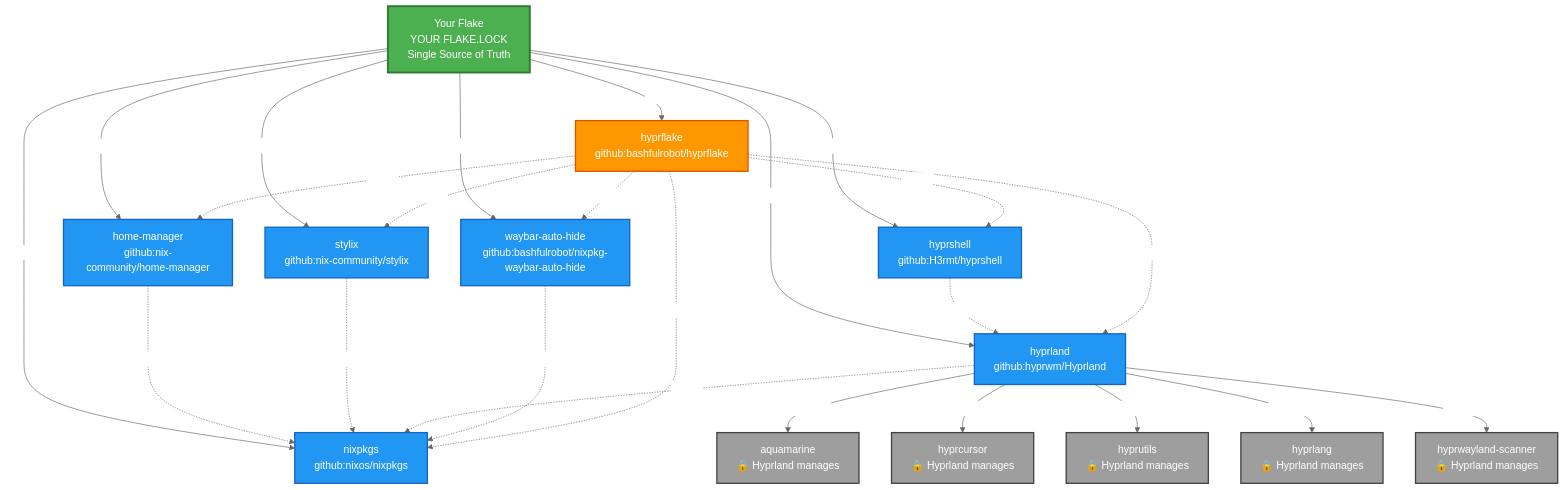
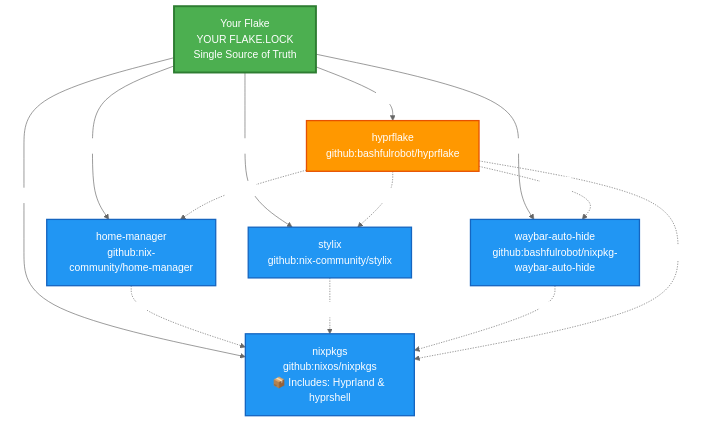
Before and after one commit to bashfulrobot/hyprflake: the diagram in docs/input-management.md, drawn with Mermaid (neutral theme). The commit also changed other lines of this file, not shown here.

First line of the commit message:
docs(input-management): 📝 update for nixpkgs architecture

````diff
--- a/docs/input-management.md
+++ b/docs/input-management.md
@@ -9,62 +9,39 @@
 ```mermaid
 graph TD
     %% Root flake
     consumer[Your Flake<br/>YOUR FLAKE.LOCK<br/>Single Source of Truth]
 
     %% Direct inputs from GitHub
-    nixpkgs[nixpkgs<br/>github:nixos/nixpkgs]
+    nixpkgs[nixpkgs<br/>github:nixos/nixpkgs<br/>📦 Includes: Hyprland & hyprshell]
     home-manager[home-manager<br/>github:nix-community/home-manager]
     stylix[stylix<br/>github:nix-community/stylix]
-    hyprland[hyprland<br/>github:hyprwm/Hyprland]
-    hyprshell[hyprshell<br/>github:H3rmt/hyprshell]
     waybar-auto-hide[waybar-auto-hide<br/>github:bashfulrobot/nixpkg-waybar-auto-hide]
     hyprflake[hyprflake<br/>github:bashfulrobot/hyprflake]
 
     %% Consumer's direct inputs
     consumer -->|fetches| nixpkgs
     consumer -->|fetches| home-manager
     consumer -->|fetches| stylix
-    consumer -->|fetches| hyprland
-    consumer -->|fetches| hyprshell
     consumer -->|fetches| waybar-auto-hide
     consumer -->|fetches| hyprflake
 
     %% Follows relationships from direct inputs
     home-manager -.->|follows| nixpkgs
     stylix -.->|follows| nixpkgs
-    hyprland -.->|follows| nixpkgs
-    hyprshell -.->|follows hyprland| hyprland
     waybar-auto-hide -.->|follows| nixpkgs
 
     %% hyprflake's inputs (ALL overridden via follows)
     hyprflake -.->|follows| nixpkgs
     hyprflake -.->|follows| home-manager
     hyprflake -.->|follows| stylix
-    hyprflake -.->|follows| hyprland
-    hyprflake -.->|follows| hyprshell
     hyprflake -.->|follows| waybar-auto-hide
-
-    %% Hyprland's internal dependencies (NOT controlled by consumer)
-    aquamarine[aquamarine<br/>🔒 Hyprland manages]
-    hyprcursor[hyprcursor<br/>🔒 Hyprland manages]
-    hyprutils[hyprutils<br/>🔒 Hyprland manages]
-    hyprlang[hyprlang<br/>🔒 Hyprland manages]
-    hyprwayland-scanner[hyprwayland-scanner<br/>🔒 Hyprland manages]
-
-    hyprland -->|manages internally| aquamarine
-    hyprland -->|manages internally| hyprcursor
-    hyprland -->|manages internally| hyprutils
-    hyprland -->|manages internally| hyprlang
-    hyprland -->|manages internally| hyprwayland-scanner
 
     %% Styling
     classDef root fill:#4CAF50,stroke:#2E7D32,stroke-width:3px,color:#fff
     classDef controlled fill:#2196F3,stroke:#1565C0,stroke-width:2px,color:#fff
     classDef followed fill:#FF9800,stroke:#E65100,stroke-width:2px,color:#fff
-    classDef internal fill:#9E9E9E,stroke:#424242,stroke-width:2px,color:#fff
 
     class consumer root
-    class nixpkgs,home-manager,stylix,hyprland,hyprshell,waybar-auto-hide controlled
+    class nixpkgs,home-manager,stylix,waybar-auto-hide controlled
     class hyprflake followed
-    class aquamarine,hyprcursor,hyprutils,hyprlang,hyprwayland-scanner internal
 ```
````
